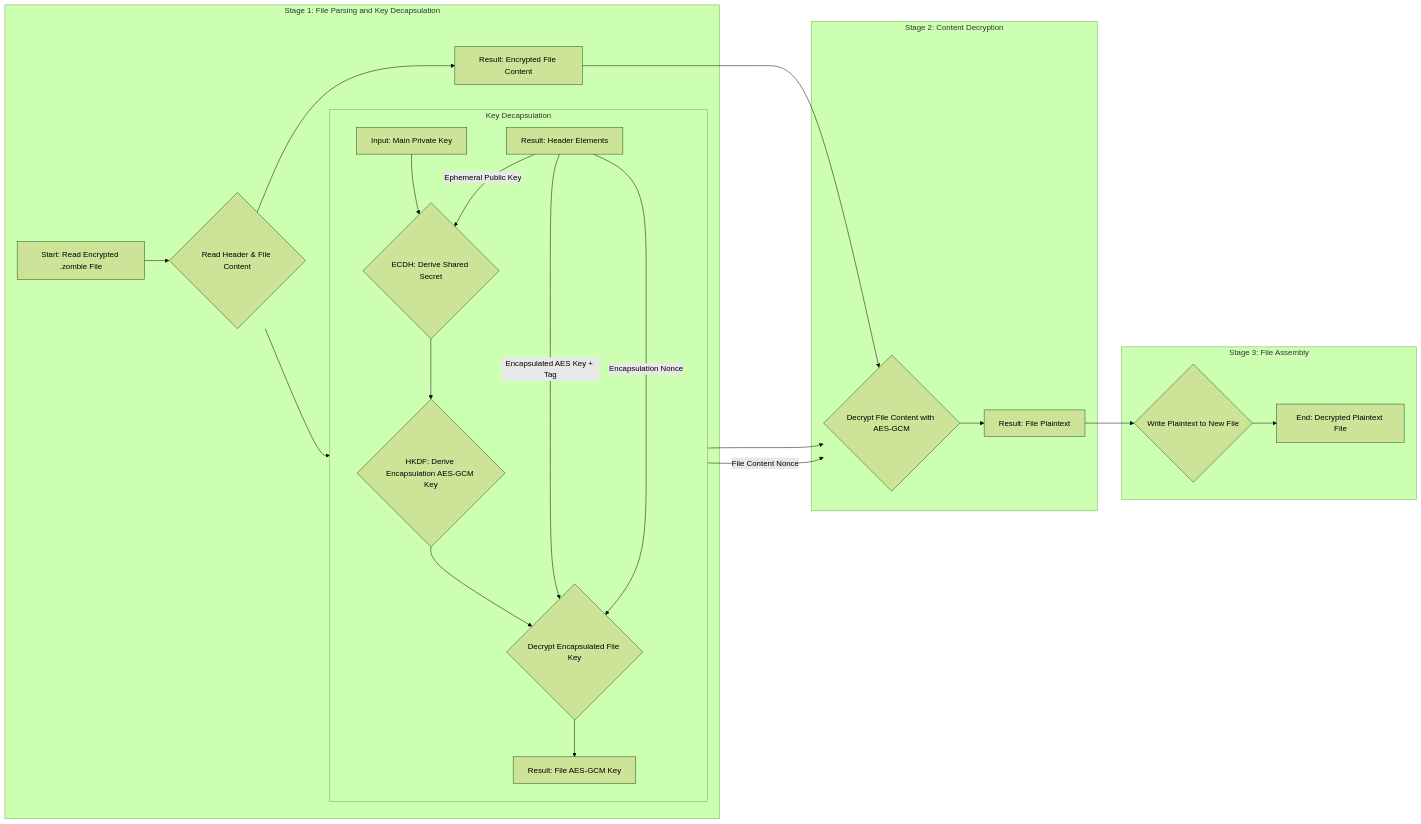
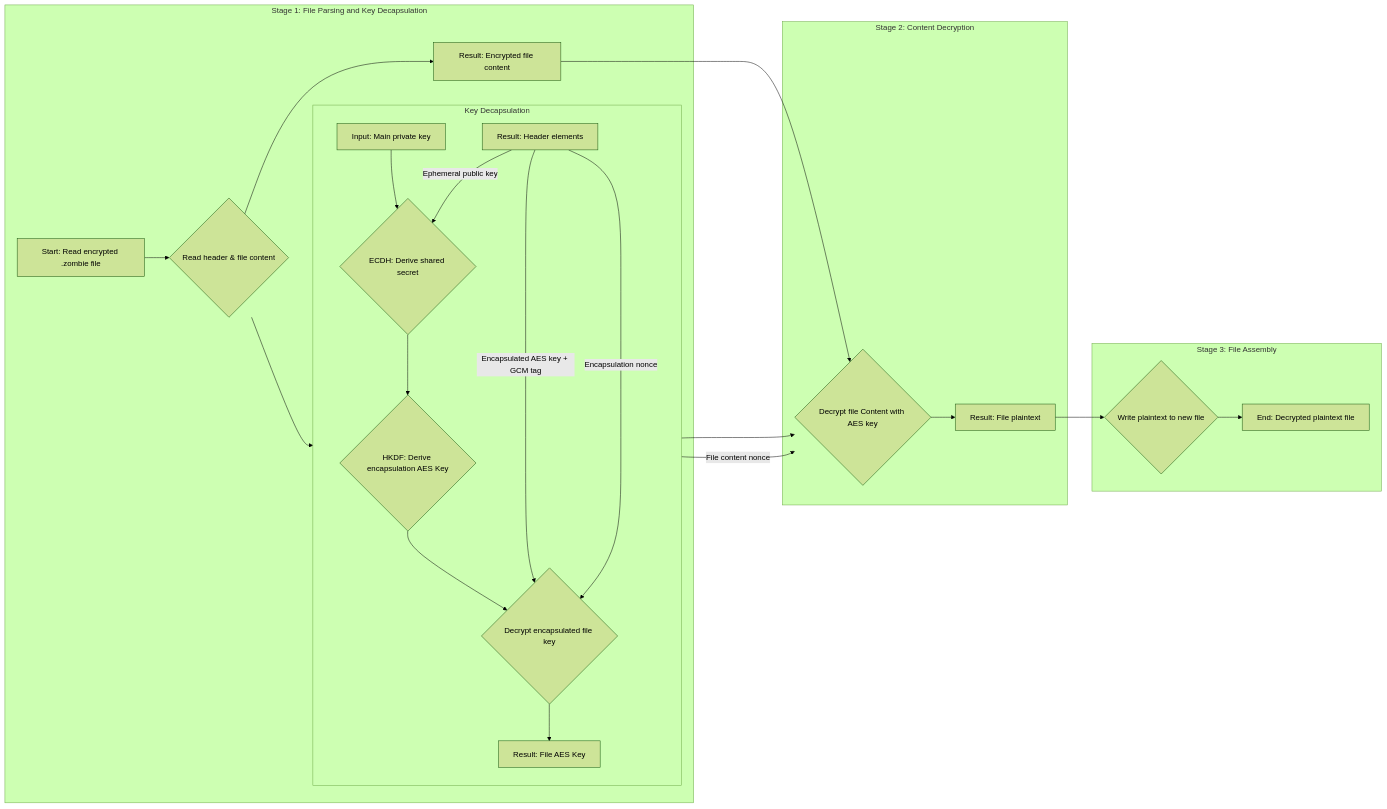
The second of 2 diagrams in docs/cryptography.md (lopes/cordyceps), drawn with Mermaid (forest theme) before and after one commit. The commit also changed other lines of this file and 5 other files, not shown here.

Commit message:
more consistent terms: AES-GCM, AES key, and GCM tag

````diff
--- a/docs/cryptography.md
+++ b/docs/cryptography.md
@@ -58,30 +58,30 @@
 ```mermaid
 graph LR
     subgraph Stage 1: File Parsing and Key Decapsulation
-        A[Start: Read Encrypted .zombie File] --> B{Read Header & File Content}
-        B --> C[Result: Header Elements] & D[Result: Encrypted File Content]
+        A[Start: Read encrypted .zombie file] --> B{Read header & file content}
+        B --> C[Result: Header elements] & D[Result: Encrypted file content]
 
         subgraph Key Decapsulation
             direction TB
-            E[Input: Main Private Key] --> F{ECDH: Derive Shared Secret}
-            C -- Ephemeral Public Key --> F
-            F --> G{HKDF: Derive Encapsulation AES-GCM Key}
-            G --> H{Decrypt Encapsulated File Key}
-            C -- Encapsulated AES Key + Tag --> H
-            C -- Encapsulation Nonce --> H
-            H --> I[Result: File AES-GCM Key]
+            E[Input: Main private key] --> F{ECDH: Derive shared secret}
+            C -- Ephemeral public key --> F
+            F --> G{HKDF: Derive encapsulation AES Key}
+            G --> H{Decrypt encapsulated file key}
+            C -- Encapsulated AES key + GCM tag --> H
+            C -- Encapsulation nonce --> H
+            H --> I[Result: File AES Key]
         end
     end
 
     subgraph Stage 2: Content Decryption
-        I --> J{Decrypt File Content with AES-GCM}
-        C -- File Content Nonce --> J
+        I --> J{Decrypt file Content with AES key}
+        C -- File content nonce --> J
         D --> J
-        J --> K[Result: File Plaintext]
+        J --> K[Result: File plaintext]
     end
 
     subgraph Stage 3: File Assembly
-        K --> L{Write Plaintext to New File}
-        L --> M[End: Decrypted Plaintext File]
+        K --> L{Write plaintext to new file}
+        L --> M[End: Decrypted plaintext file]
     end
 ```
````
